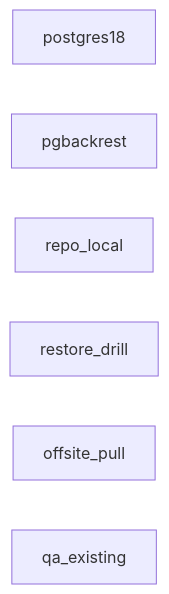
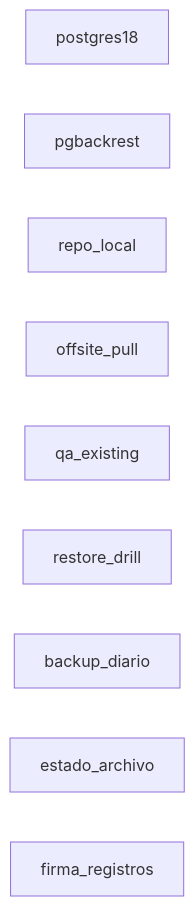
The first of 5 diagrams in docs/superpowers/deliveries/E0-infraestructura-dr.md (fusionbikesok-ui/Herramientas), drawn with Mermaid before and after one commit. The commit also changed other lines of this file and 21 other files, not shown here.

````diff
--- a/docs/superpowers/deliveries/E0-infraestructura-dr.md
+++ b/docs/superpowers/deliveries/E0-infraestructura-dr.md
@@ -78,9 +78,12 @@
 ```mermaid
 flowchart LR
   postgres18[postgres18]
   pgbackrest[pgbackrest]
   repo_local[repo_local]
-  restore_drill[restore_drill]
   offsite_pull[offsite_pull]
   qa_existing[qa_existing]
+  restore_drill[restore_drill]
+  backup_diario[backup_diario]
+  estado_archivo[estado_archivo]
+  firma_registros[firma_registros]
 ```
````
